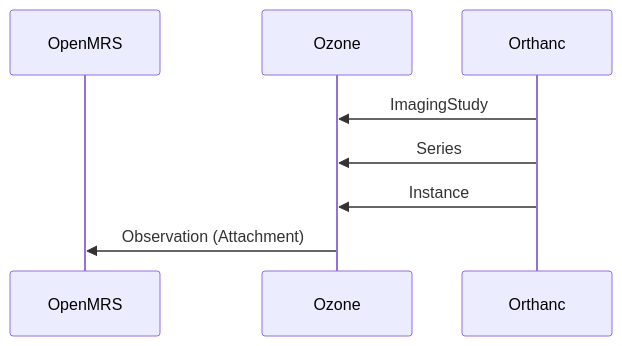
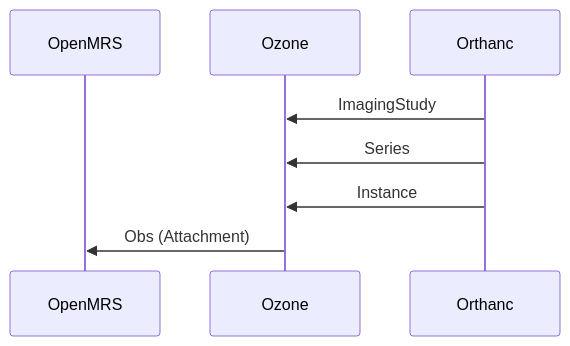
The first of 2 diagrams in docs/users/openmrs-orthanc.md (ozone-his/ozone-docs), drawn with Mermaid before and after one commit. The commit also changed other lines of this file and 1 other file, not shown here.

````diff
--- a/docs/users/openmrs-orthanc.md
+++ b/docs/users/openmrs-orthanc.md
@@ -5,10 +5,10 @@
 ``` mermaid
     sequenceDiagram
         participant OpenMRS
         participant Ozone
         participant Orthanc
         Orthanc->>Ozone: ImagingStudy
         Orthanc->>Ozone: Series
         Orthanc->>Ozone: Instance
-        Ozone->>OpenMRS: Observation (Attachment)
+        Ozone->>OpenMRS: Obs (Attachment)
 ```
````
